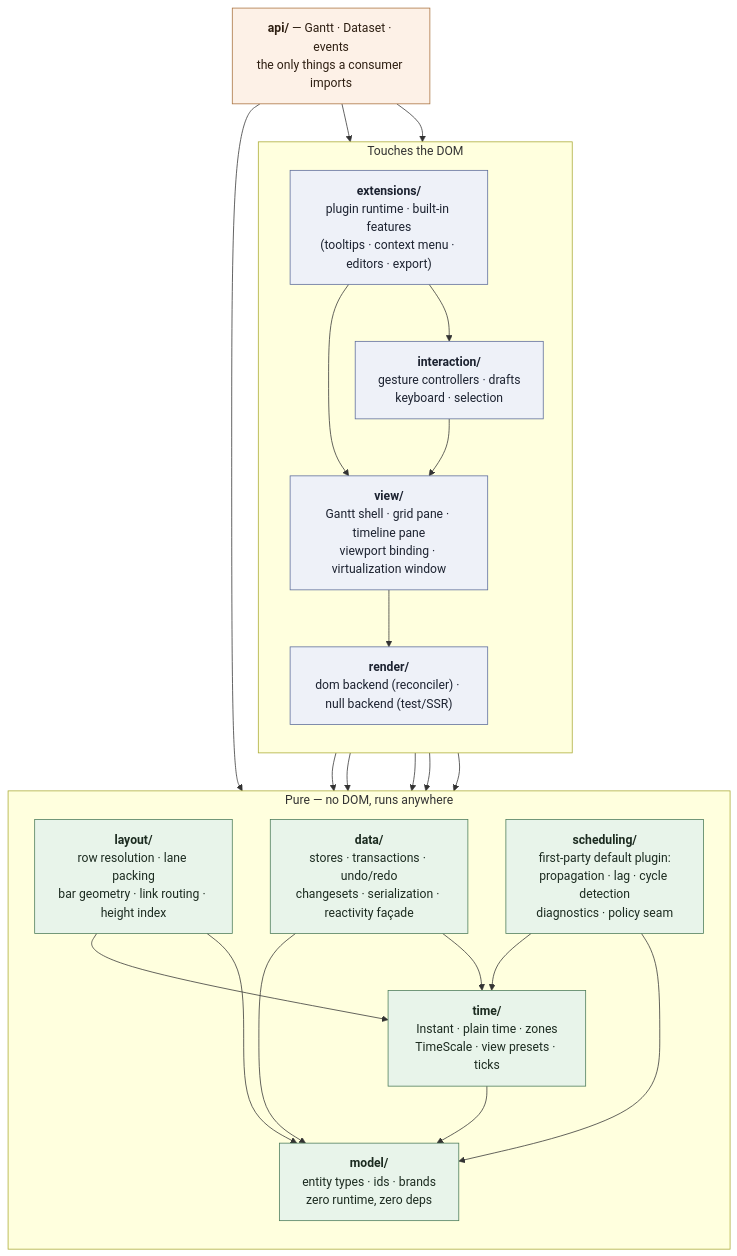
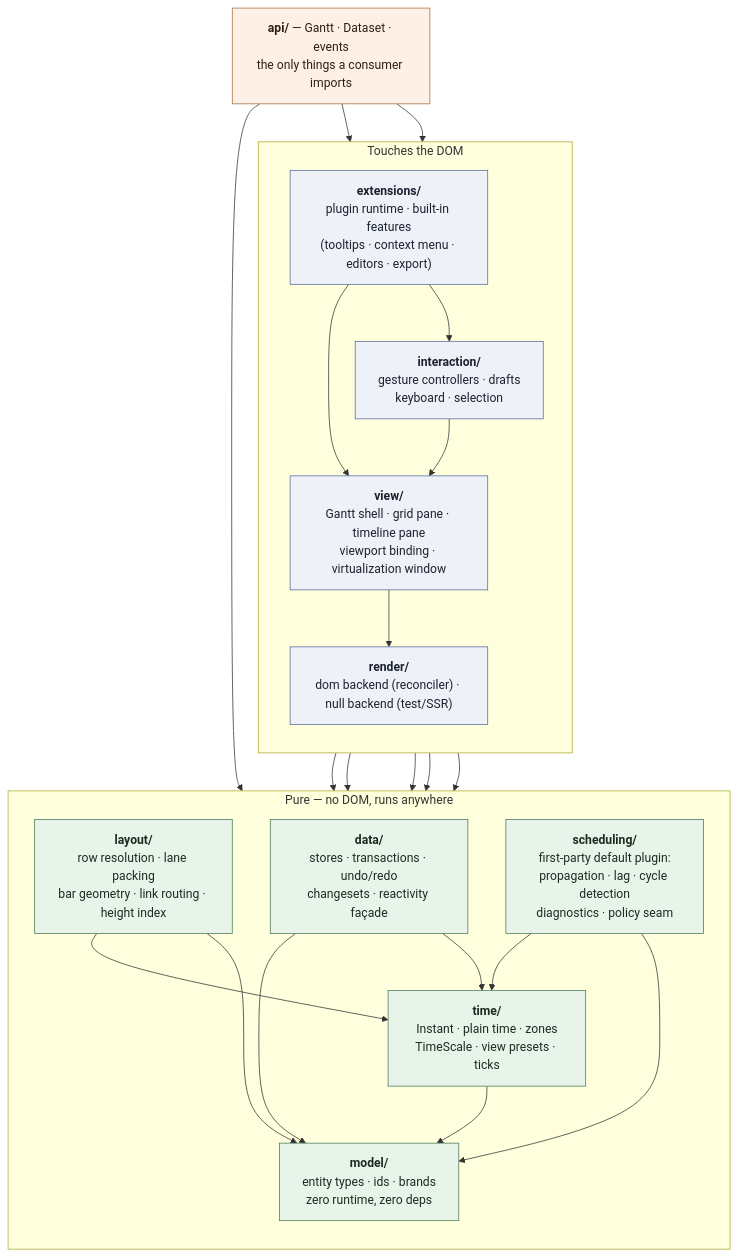
The first of 6 diagrams in plans/01-domain-architecture.md (freegantt/freegantt), drawn with Mermaid before and after one commit. The commit also changed other lines of this file and 56 other files, not shown here.

````diff
--- a/plans/01-domain-architecture.md
+++ b/plans/01-domain-architecture.md
@@ -11,48 +13,48 @@
 ```mermaid
 flowchart TB
   subgraph domside["Touches the DOM"]
     direction TB
     EXT["<b>extensions/</b><br/>plugin runtime · built-in features<br/>(tooltips · context menu · editors · export)"]
     INT["<b>interaction/</b><br/>gesture controllers · drafts<br/>keyboard · selection"]
     VIEW["<b>view/</b><br/>Gantt shell · grid pane · timeline pane<br/>viewport binding · virtualization window"]
     REN["<b>render/</b><br/>dom backend (reconciler) · null backend (test/SSR)"]
   end
 
   subgraph pureside["Pure — no DOM, runs anywhere"]
     direction TB
     LAY["<b>layout/</b><br/>row resolution · lane packing<br/>bar geometry · link routing · height index"]
     SCH["<b>scheduling/</b><br/>first-party default plugin:<br/>propagation · lag · cycle detection<br/>diagnostics · policy seam"]
-    DATA["<b>data/</b><br/>stores · transactions · undo/redo<br/>changesets · serialization · reactivity façade"]
+    DATA["<b>data/</b><br/>stores · transactions · undo/redo<br/>changesets · reactivity façade"]
     TIME["<b>time/</b><br/>Instant · plain time · zones<br/>TimeScale · view presets · ticks"]
     MODEL["<b>model/</b><br/>entity types · ids · brands<br/>zero runtime, zero deps"]
   end
 
   API["<b>api/</b> — Gantt · Dataset · events<br/>the only things a consumer imports"]
 
   API --> VIEW
   API --> DATA
   API --> INT
   EXT --> VIEW
   EXT --> INT
   INT --> VIEW
   INT --> DATA
   INT --> MODEL
   VIEW --> REN
   VIEW --> LAY
   VIEW --> DATA
   REN --> LAY
   LAY --> TIME
   LAY --> MODEL
   DATA --> MODEL
   DATA --> TIME
   SCH --> TIME
   SCH --> MODEL
   TIME --> MODEL
 
   classDef pure fill:#e8f4ea,stroke:#4a7a58,color:#1c2b20
   classDef dom fill:#eef1f8,stroke:#5a6a9a,color:#1c2230
   classDef apic fill:#fdf1e7,stroke:#a8703c,color:#2e1f12
   class MODEL,TIME,DATA,SCH,LAY pure
   class EXT,INT,VIEW,REN dom
   class API apic
 ```
````
